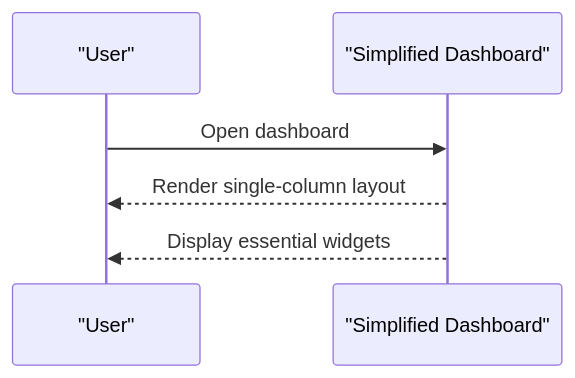
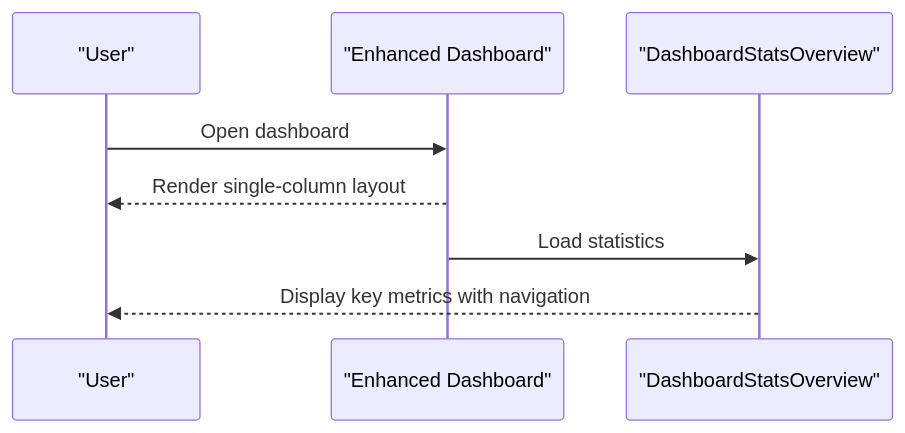
The fourth of 19 diagrams in .qoder/repowiki/en/content/Filament Admin Panel/Filament Admin Panel.md (Dikksap/laravel_RsvHelmet), drawn with Mermaid before and after one commit. The commit also changed other lines of this file and 52 other files, not shown here.

````diff
--- a/.qoder/repowiki/en/content/Filament Admin Panel/Filament Admin Panel.md
+++ b/.qoder/repowiki/en/content/Filament Admin Panel/Filament Admin Panel.md
@@ -286,8 +314,10 @@
 ```mermaid
 sequenceDiagram
 participant User as "User"
-participant Dashboard as "Simplified Dashboard"
+participant Dashboard as "Enhanced Dashboard"
+participant StatsWidget as "DashboardStatsOverview"
 User->>Dashboard : Open dashboard
 Dashboard-->>User : Render single-column layout
-Dashboard-->>User : Display essential widgets
+Dashboard->>StatsWidget : Load statistics
+StatsWidget-->>User : Display key metrics with navigation
 ```
````
